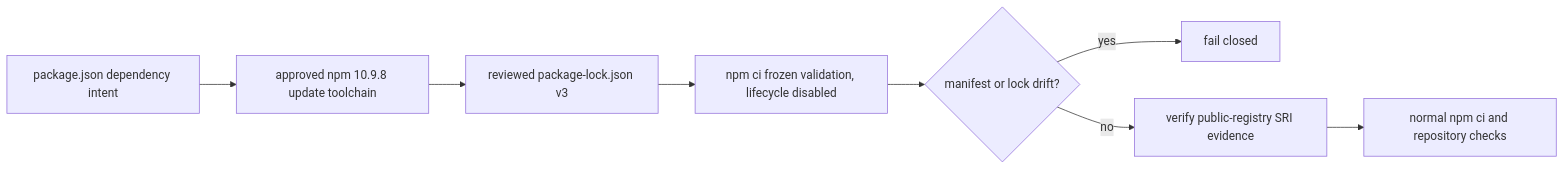
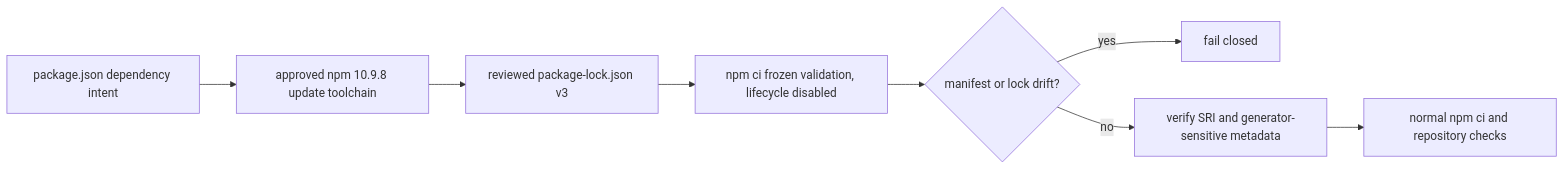
The diagram in docs/doctoring/npm-lockfile-generator-provenance.md (ContextualWisdomLab/bandscope), drawn with Mermaid before and after one commit. The commit also changed other lines of this file, not shown here.

Commit message:
docs(lock): record esbuild metadata sentinel

````diff
--- a/docs/doctoring/npm-lockfile-generator-provenance.md
+++ b/docs/doctoring/npm-lockfile-generator-provenance.md
@@ -24,10 +26,10 @@
 ```mermaid
 flowchart LR
     M[package.json dependency intent] --> G[approved npm 10.9.8 update toolchain]
     G --> L[reviewed package-lock.json v3]
     L --> V[npm ci frozen validation, lifecycle disabled]
     V --> D{manifest or lock drift?}
     D -->|yes| F[fail closed]
-    D -->|no| S[verify public-registry SRI evidence]
+    D -->|no| S[verify SRI and generator-sensitive metadata]
     S --> C[normal npm ci and repository checks]
 ```
````
